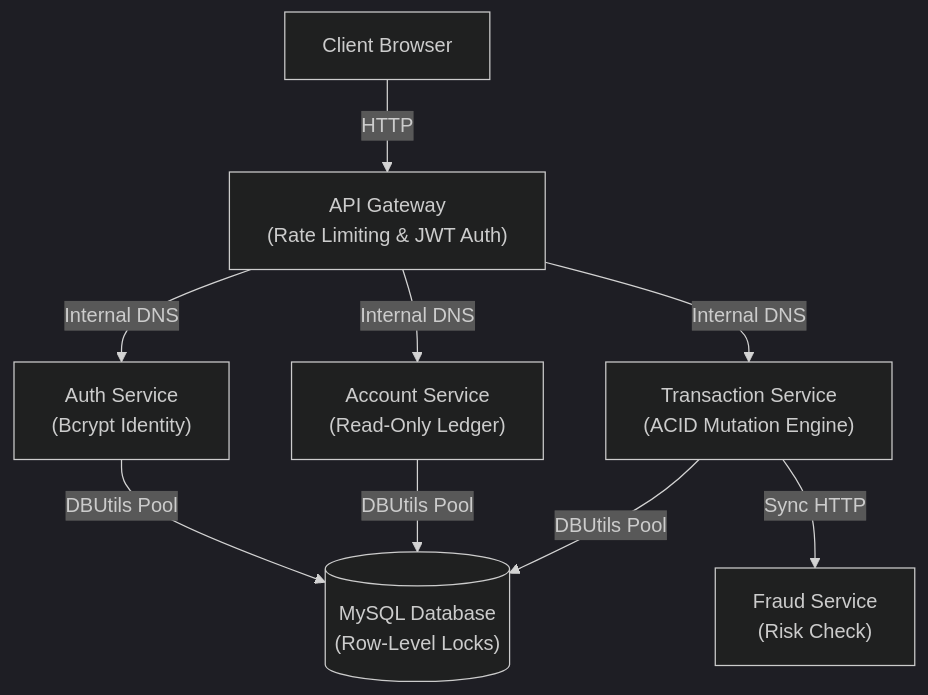
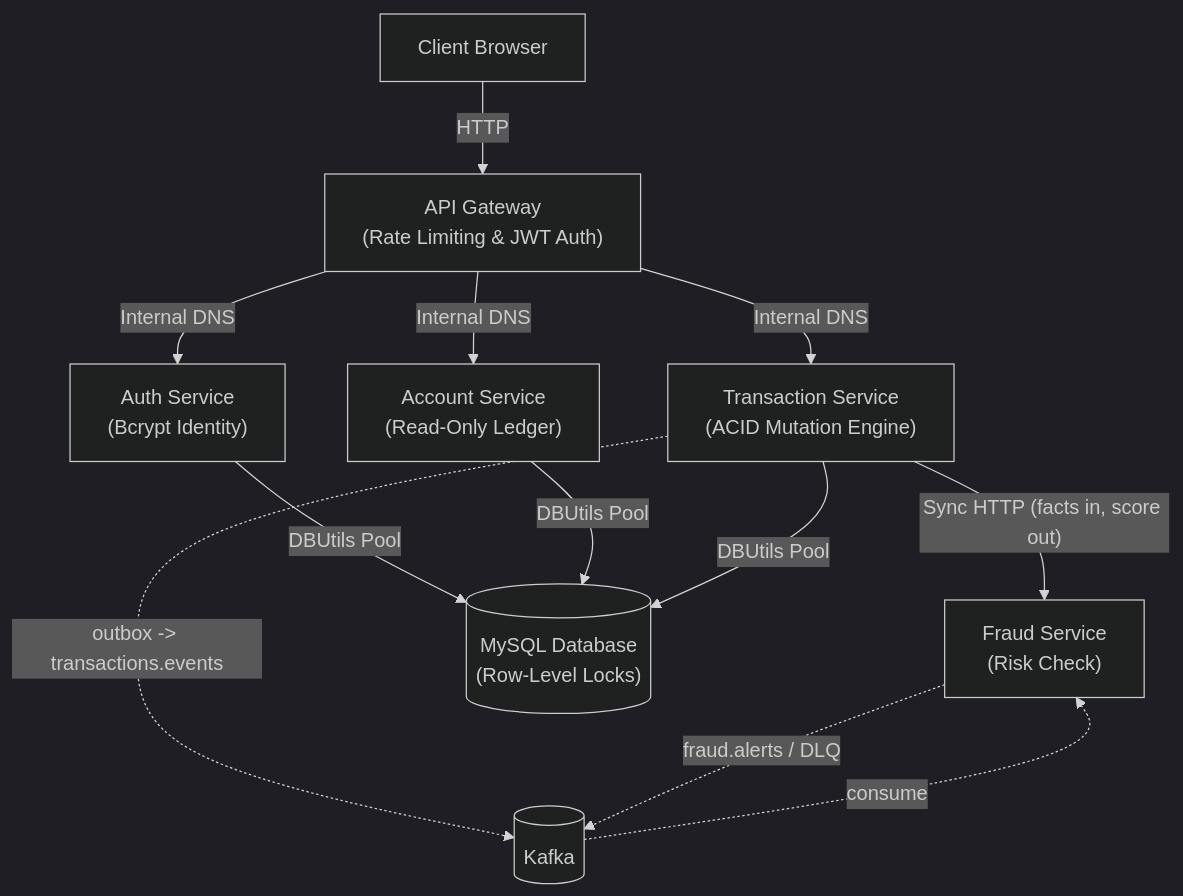
The first of 3 diagrams in README.md (Nexora-Banking-App/nexora-apps), drawn with Mermaid (dark theme) before and after one commit. The commit also changed other lines of this file, not shown here.

Commit message:
docs: real configuration variables, fraud rules, Kafka, logging, benchmark scripts

````diff
--- a/README.md
+++ b/README.md
@@ -140,21 +161,24 @@
 ```mermaid
 graph TD
     CLIENT["Client Browser"]
     GATEWAY["API Gateway<br/>(Rate Limiting & JWT Auth)"]
     AUTH["Auth Service<br/>(Bcrypt Identity)"]
     ACCOUNT["Account Service<br/>(Read-Only Ledger)"]
     TRANS["Transaction Service<br/>(ACID Mutation Engine)"]
     FRAUD["Fraud Service<br/>(Risk Check)"]
     DB[("MySQL Database<br/>(Row-Level Locks)")]
 
     CLIENT -- HTTP --> GATEWAY
     GATEWAY -- Internal DNS --> AUTH
     GATEWAY -- Internal DNS --> ACCOUNT
     GATEWAY -- Internal DNS --> TRANS
 
-    TRANS -- Sync HTTP --> FRAUD
+    TRANS -- "Sync HTTP (facts in, score out)" --> FRAUD
+    TRANS -. "outbox -> transactions.events" .-> KAFKA[("Kafka")]
+    KAFKA -. "consume" .-> FRAUD
+    FRAUD -. "fraud.alerts / DLQ" .-> KAFKA
 
     AUTH -- DBUtils Pool --> DB
     ACCOUNT -- DBUtils Pool --> DB
     TRANS -- DBUtils Pool --> DB
 ```
````
